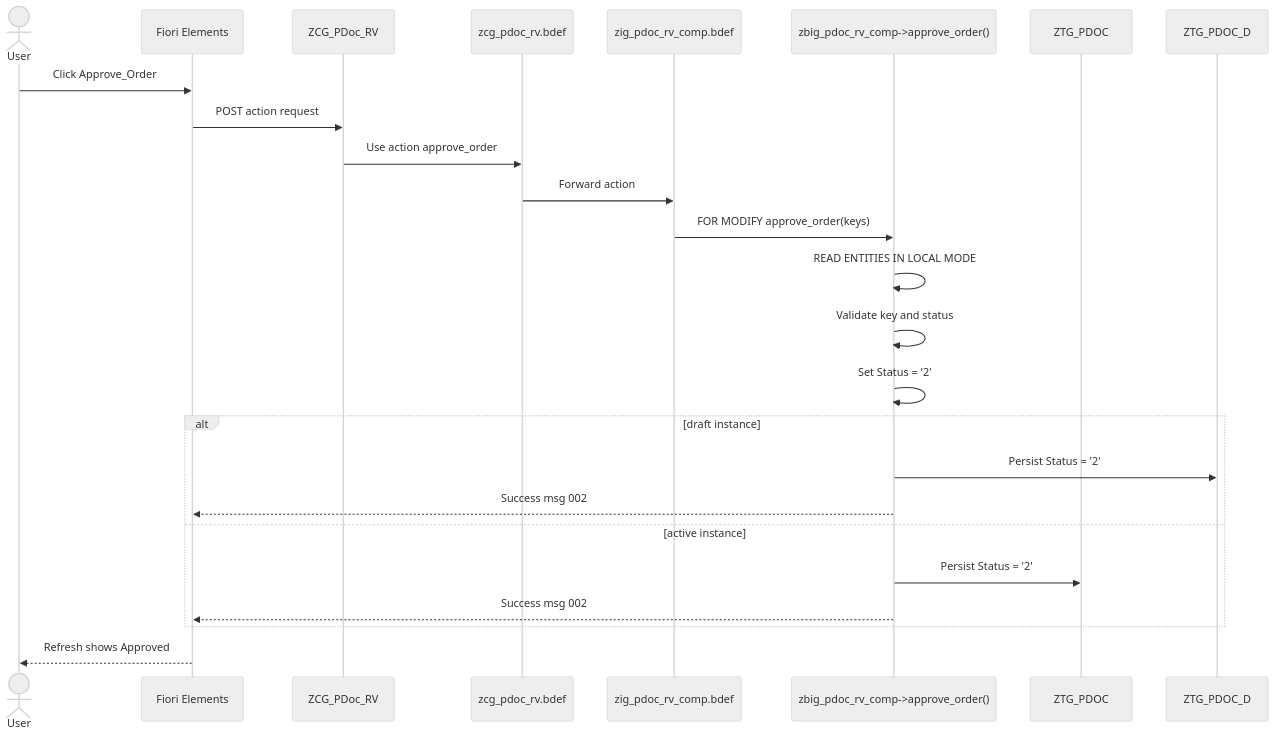
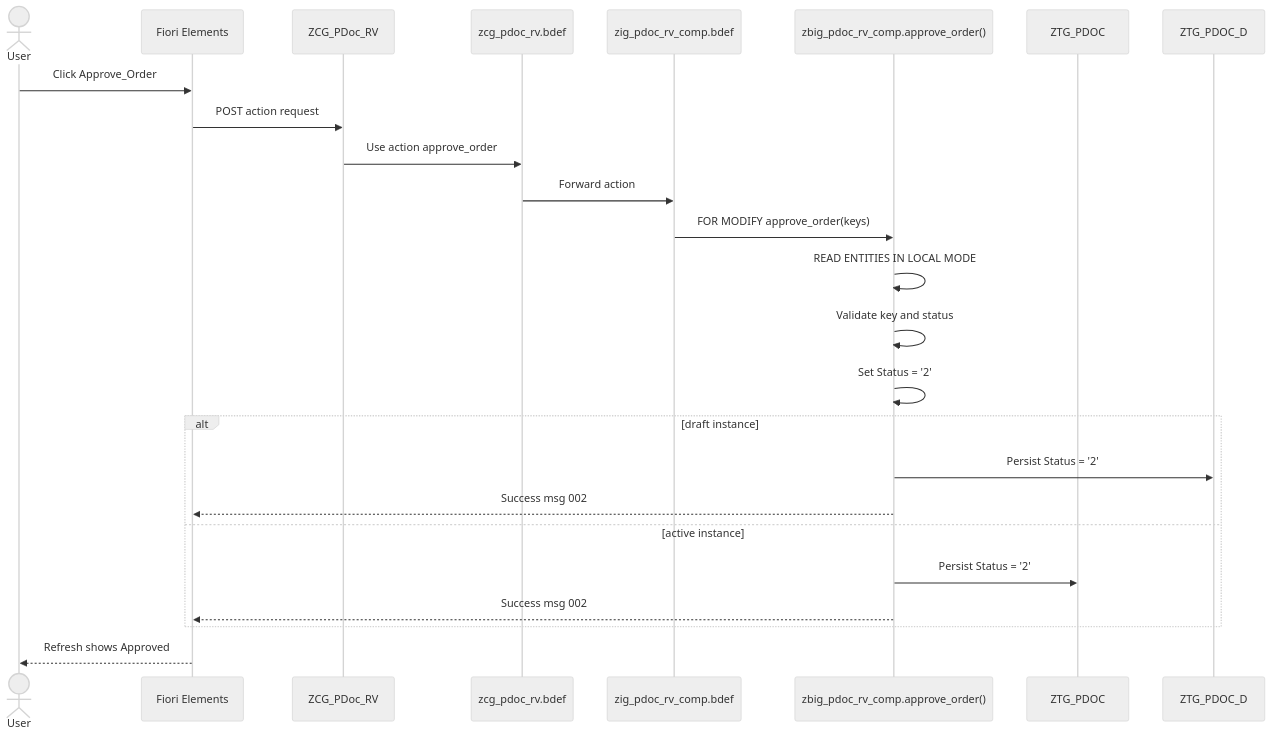
Before and after one commit to gfcarlson/rap_1_store: the fifth of 6 diagrams in Approve_Order.md, drawn with Mermaid (neutral theme). The commit also changed other lines of this file, not shown here.

Commit message:
Fix Mermaid rendering in Approve_Order.md by sanitizing flowchart labels

````diff
--- a/Approve_Order.md
+++ b/Approve_Order.md
@@ -198,31 +198,31 @@
 ```mermaid
 sequenceDiagram
     actor User
     participant FE as Fiori Elements
     participant PROJ as ZCG_PDoc_RV
     participant BDEF as zcg_pdoc_rv.bdef
     participant ROOT as zig_pdoc_rv_comp.bdef
-    participant H as zbig_pdoc_rv_comp->approve_order()
+    participant H as zbig_pdoc_rv_comp.approve_order()
     participant ACT as ZTG_PDOC
     participant DFT as ZTG_PDOC_D
 
     User->>FE: Click Approve_Order
     FE->>PROJ: POST action request
     PROJ->>BDEF: Use action approve_order
     BDEF->>ROOT: Forward action
     ROOT->>H: FOR MODIFY approve_order(keys)
 
     H->>H: READ ENTITIES IN LOCAL MODE
     H->>H: Validate key and status
     H->>H: Set Status = '2'
 
     alt draft instance
         H->>DFT: Persist Status = '2'
         H-->>FE: Success msg 002
     else active instance
         H->>ACT: Persist Status = '2'
         H-->>FE: Success msg 002
     end
 
     FE-->>User: Refresh shows Approved
 ```
````
